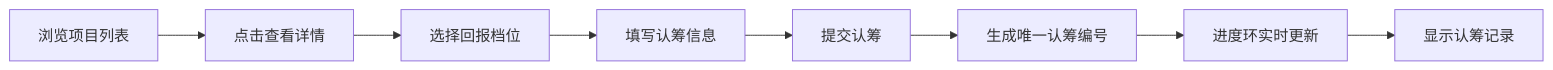
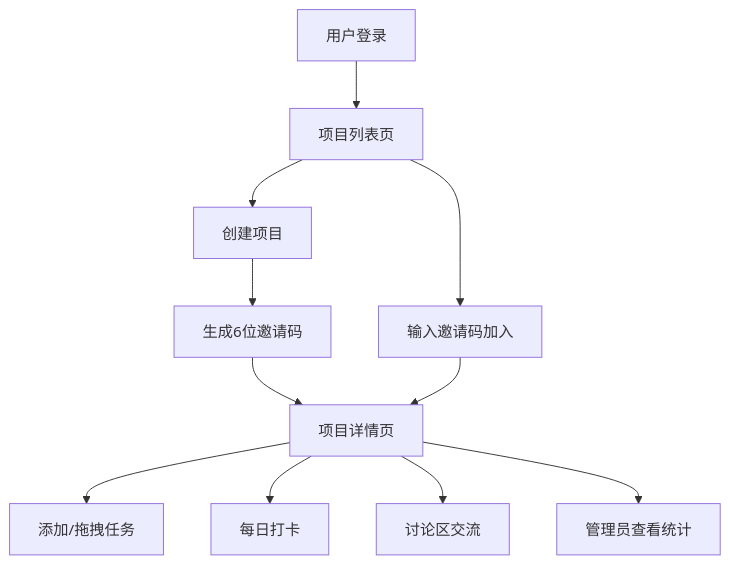
Before and after one commit to LIANG0828906/solo: the diagram in cp1_6.16_auto49/.trae/documents/PRD.md, drawn with Mermaid. The commit also changed other lines of this file and 42 other files, not shown here.

````diff
--- a/cp1_6.16_auto49/.trae/documents/PRD.md
+++ b/cp1_6.16_auto49/.trae/documents/PRD.md
@@ -48,10 +38,13 @@
 ```mermaid
-flowchart LR
-    A["浏览项目列表"] --> B["点击查看详情"]
-    B --> C["选择回报档位"]
-    C --> D["填写认筹信息"]
-    D --> E["提交认筹"]
-    E --> F["生成唯一认筹编号"]
-    F --> G["进度环实时更新"]
-    G --> H["显示认筹记录"]
+flowchart TD
+    A["用户登录"] --> B["项目列表页"]
+    B --> C["创建项目"]
+    B --> D["输入邀请码加入"]
+    C --> E["生成6位邀请码"]
+    E --> F["项目详情页"]
+    D --> F
+    F --> G["添加/拖拽任务"]
+    F --> H["每日打卡"]
+    F --> I["讨论区交流"]
+    F --> J["管理员查看统计"]
 ```
````
